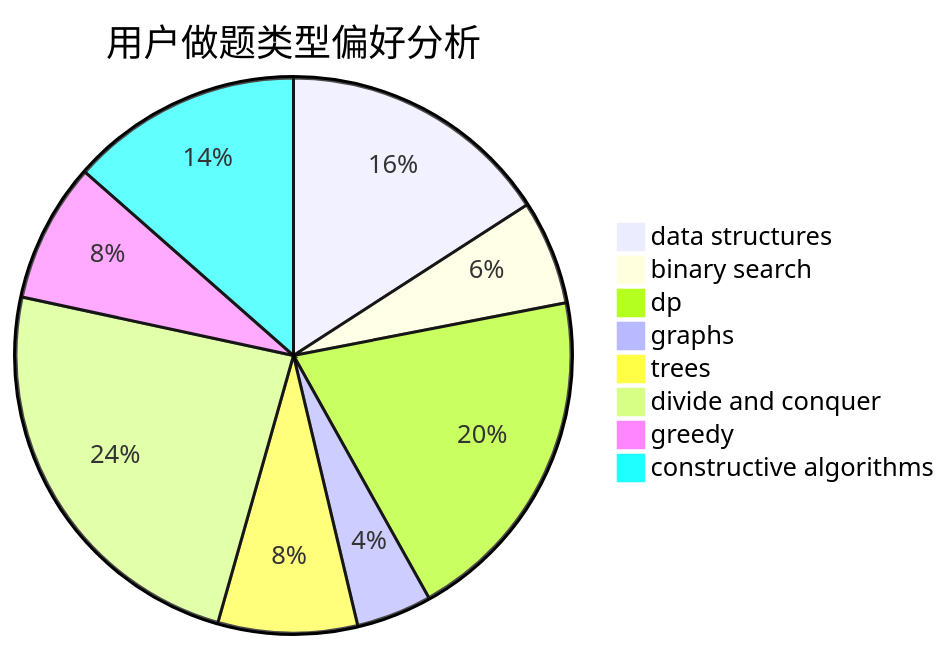
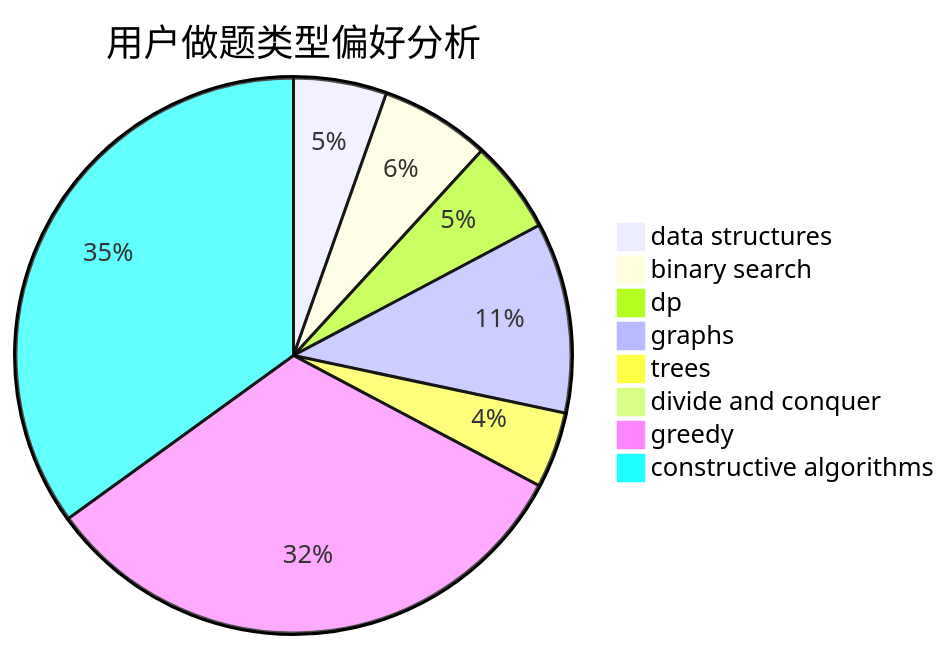
Before and after one commit to sherpahu/cfrs.github.io: the second of 3 diagrams in docs/user/u2350.md, drawn with Mermaid. The commit also changed other lines of this file and 2770 other files, not shown here.

````diff
--- a/docs/user/u2350.md
+++ b/docs/user/u2350.md
@@ -23,11 +23,11 @@
 ```mermaid
 pie title 用户做题类型偏好分析
-    "data structures" :  47
-    "binary search" :  18
-    "dp" :  59
-    "graphs" :  13
-    "trees" :  24
-    "divide and conquer" :  71
-    "greedy" :  24
-    "constructive algorithms" :  40
+    "data structures" :  22
+    "binary search" :  26
+    "dp" :  22
+    "graphs" :  45
+    "trees" :  18
+    "divide and conquer" :  1
+    "greedy" :  131
+    "constructive algorithms" :  142
 ```
````
